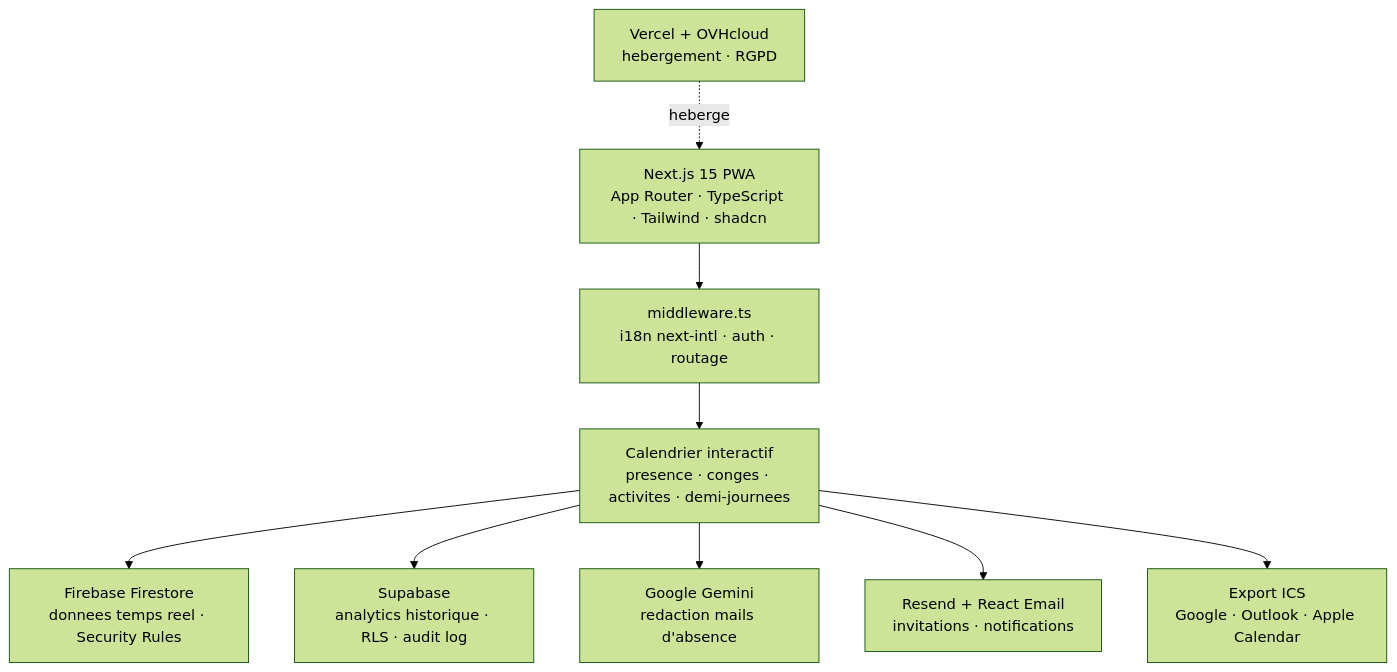
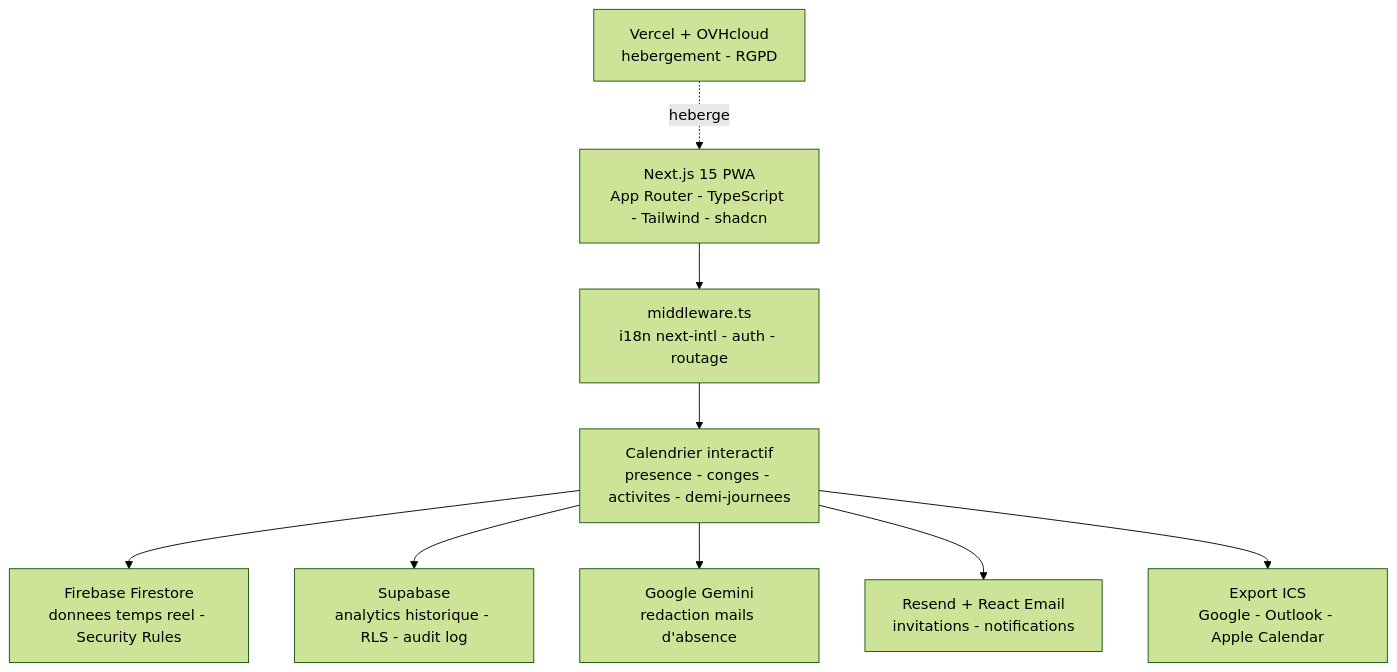
The diagram in README.md (Adam-Blf/pgvplaning), drawn with Mermaid (forest theme) before and after one commit. The commit also changed other lines of this file, not shown here.

````diff
--- a/README.md
+++ b/README.md
@@ -31,20 +31,20 @@
 ```mermaid
 flowchart TB
-    PWA["Next.js 15 PWA<br/>App Router · TypeScript · Tailwind · shadcn"]
-    MW["middleware.ts<br/>i18n next-intl · auth · routage"]
-    CAL["Calendrier interactif<br/>presence · conges · activites · demi-journees"]
-    FIRE["Firebase Firestore<br/>donnees temps reel · Security Rules"]
-    SUPA["Supabase<br/>analytics historique · RLS · audit log"]
+    PWA["Next.js 15 PWA<br/>App Router - TypeScript - Tailwind - shadcn"]
+    MW["middleware.ts<br/>i18n next-intl - auth - routage"]
+    CAL["Calendrier interactif<br/>presence - conges - activites - demi-journees"]
+    FIRE["Firebase Firestore<br/>donnees temps reel - Security Rules"]
+    SUPA["Supabase<br/>analytics historique - RLS - audit log"]
     GEMINI["Google Gemini<br/>redaction mails d'absence"]
-    EMAIL["Resend + React Email<br/>invitations · notifications"]
-    ICS["Export ICS<br/>Google · Outlook · Apple Calendar"]
-    HOST["Vercel + OVHcloud<br/>hebergement · RGPD"]
+    EMAIL["Resend + React Email<br/>invitations - notifications"]
+    ICS["Export ICS<br/>Google - Outlook - Apple Calendar"]
+    HOST["Vercel + OVHcloud<br/>hebergement - RGPD"]
 
     PWA --> MW --> CAL
     CAL --> FIRE
     CAL --> SUPA
     CAL --> GEMINI
     CAL --> EMAIL
     CAL --> ICS
     HOST -.heberge.-> PWA
 ```
````
